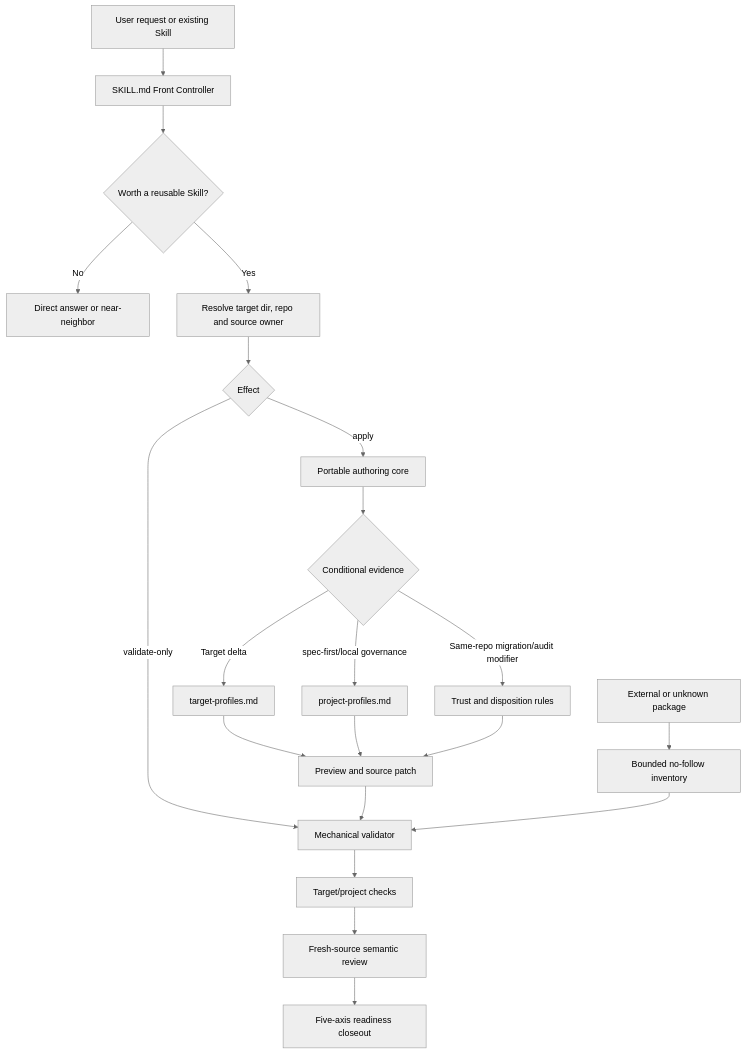
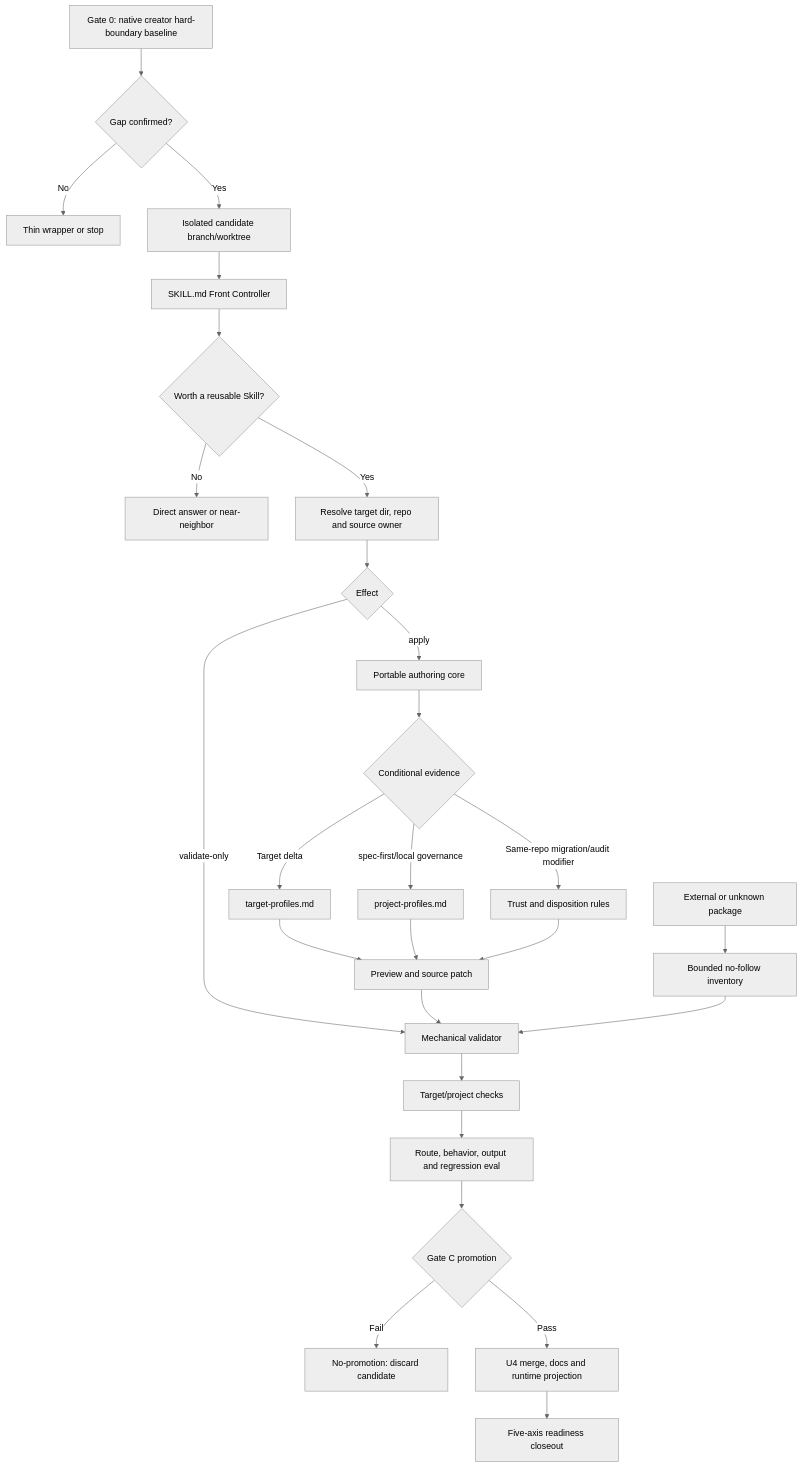
One commit to leo-kuang-ai/spec-first changed the diagram in docs/plans/2026-07-12-002-refactor-spec-write-skill-generalization-plan.md. Above: the diagram before and after it, drawn with Mermaid (neutral theme). The commit also changed other lines of this file and 35 other files, not shown here.

````diff
--- a/docs/plans/2026-07-12-002-refactor-spec-write-skill-generalization-plan.md
+++ b/docs/plans/2026-07-12-002-refactor-spec-write-skill-generalization-plan.md
@@ -161,23 +164,29 @@
 ```mermaid
 flowchart TB
-  A[User request or existing Skill] --> B[SKILL.md Front Controller]
+  Z[Gate 0: native creator hard-boundary baseline] --> Z1{Gap confirmed?}
+  Z1 -->|No| Z2[Thin wrapper or stop]
+  Z1 -->|Yes| A[Isolated candidate branch/worktree]
+  A --> B[SKILL.md Front Controller]
   B --> C{Worth a reusable Skill?}
   C -->|No| D[Direct answer or near-neighbor]
   C -->|Yes| E[Resolve target dir, repo and source owner]
   E --> F{Effect}
   F -->|validate-only| G[Mechanical validator]
   F -->|apply| H[Portable authoring core]
   H --> I{Conditional evidence}
   I -->|Target delta| J[target-profiles.md]
   I -->|spec-first/local governance| K[project-profiles.md]
   I -->|Same-repo migration/audit modifier| L[Trust and disposition rules]
   J --> M[Preview and source patch]
   K --> M
   L --> M
   M --> G
   Q[External or unknown package] --> R[Bounded no-follow inventory]
   R --> G
   G --> N[Target/project checks]
-  N --> O[Fresh-source semantic review]
-  O --> P[Five-axis readiness closeout]
+  N --> O[Route, behavior, output and regression eval]
+  O --> P{Gate C promotion}
+  P -->|Fail| P1[No-promotion: discard candidate]
+  P -->|Pass| P2[U4 merge, docs and runtime projection]
+  P2 --> P3[Five-axis readiness closeout]
 ```
````
